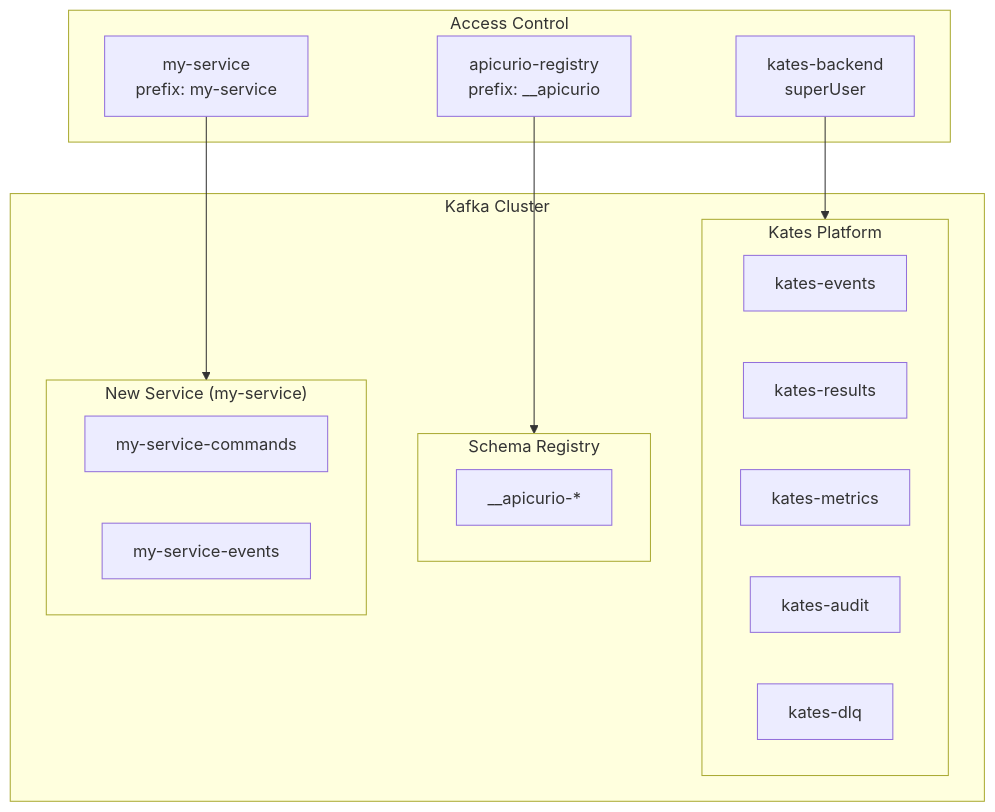
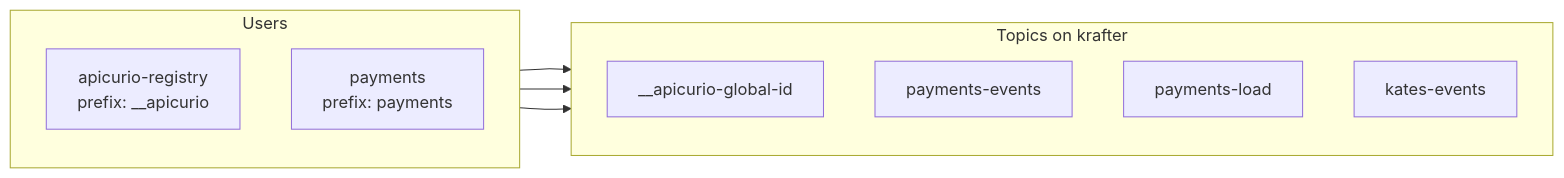
Before and after one commit to bmscomp/kates: the first of 2 diagrams in docs/book/19-multi-tenancy.md, drawn with Mermaid. The commit also changed other lines of this file and 52 other files, not shown here.

````diff
--- a/docs/book/19-multi-tenancy.md
+++ b/docs/book/19-multi-tenancy.md
@@ -16,30 +16,21 @@
 ```mermaid
 %%| label: fig-mt-isolation-model
-%%| fig-cap: "Namespace-level tenant isolation within the shared krafter cluster using prefix-scoped topics and dedicated KafkaUser principals."
-%%| fig-alt: "Diagram showing Access Control principals mapping to topic groups inside the Kafka Cluster: kates-backend (superUser) maps to Kates Platform topics (kates-events, kates-results, kates-metrics, kates-audit, kates-dlq), apicurio-registry (prefix __apicurio) maps to Schema Registry topics (__apicurio-*), and my-service (prefix my-service) maps to New Service topics (my-service-commands, my-service-events)."
-graph TB
-    subgraph Kafka Cluster
-        subgraph Kates["Kates Platform"]
-            T1["kates-events"]
-            T2["kates-results"]
-            T3["kates-metrics"]
-            T4["kates-audit"]
-            T5["kates-dlq"]
-        end
-
-        subgraph Apicurio["Schema Registry"]
-            A1["__apicurio-*"]
-        end
-
-        subgraph Tenant["New Service (my-service)"]
-            S1["my-service-commands"]
-            S2["my-service-events"]
-        end
+%%| fig-cap: "A prefixed ACL matches every topic that starts with its prefix and no other, so the payments user reaches payments-events and payments-load but not kates-events."
+%%| fig-alt: "Two users on the left, apicurio-registry with prefix __apicurio and payments with prefix payments. Arrows lead from apicurio-registry to the topic __apicurio-global-id, and from payments to payments-events and payments-load. The topic kates-events has no arrow from either user."
+flowchart LR
+    subgraph Users
+        direction TB
+        A["apicurio-registry<br/>prefix: __apicurio"]
+        P["payments<br/>prefix: payments"]
     end
-
-    subgraph Access Control
-        ACL1["kates-backend<br/>superUser"] --> Kates
-        ACL2["apicurio-registry<br/>prefix: __apicurio"] --> Apicurio
-        ACL3["my-service<br/>prefix: my-service"] --> Tenant
+    subgraph Topics["Topics on krafter"]
+        direction TB
+        AT["__apicurio-global-id"]
+        PE["payments-events"]
+        PL["payments-load"]
+        KE["kates-events"]
     end
+    A --> AT
+    P --> PE
+    P --> PL
 ```
````
